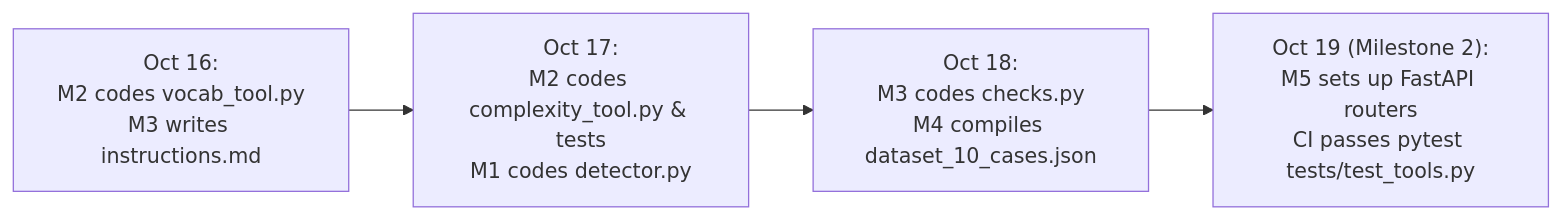
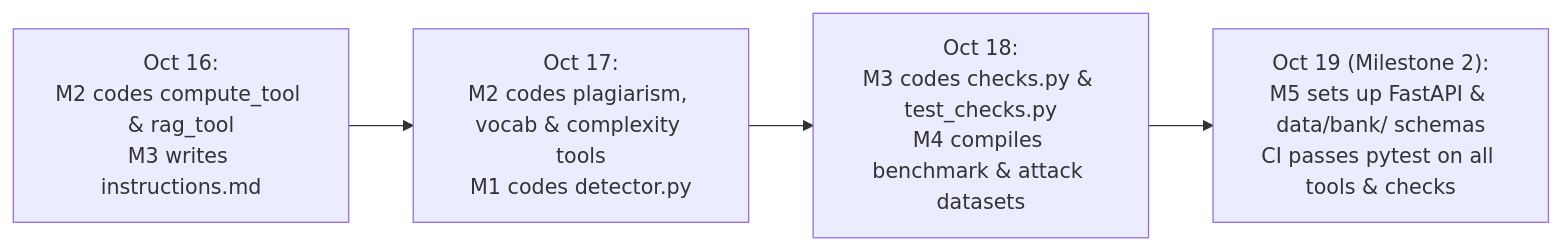
Before and after one commit to nguyenlam0909575475-tech/SE373-IELTS-Learning-Agent: the third of 5 diagrams in Phase_1_Process_and_Tasks.md, drawn with Mermaid. The commit also changed other lines of this file and 48 other files, not shown here.

````diff
--- a/Phase_1_Process_and_Tasks.md
+++ b/Phase_1_Process_and_Tasks.md
@@ -95,6 +214,6 @@
 ```mermaid
 flowchart LR
-    A["Oct 16:<br/>M2 codes vocab_tool.py<br/>M3 writes instructions.md"] --> B["Oct 17:<br/>M2 codes complexity_tool.py & tests<br/>M1 codes detector.py"]
-    B --> C["Oct 18:<br/>M3 codes checks.py<br/>M4 compiles dataset_10_cases.json"]
-    C --> D["Oct 19 (Milestone 2):<br/>M5 sets up FastAPI routers<br/>CI passes pytest tests/test_tools.py"]
+    A["Oct 16:<br/>M2 codes compute_tool & rag_tool<br/>M3 writes instructions.md"] --> B["Oct 17:<br/>M2 codes plagiarism, vocab & complexity tools<br/>M1 codes detector.py"]
+    B --> C["Oct 18:<br/>M3 codes checks.py & test_checks.py<br/>M4 compiles benchmark & attack datasets"]
+    C --> D["Oct 19 (Milestone 2):<br/>M5 sets up FastAPI & data/bank/ schemas<br/>CI passes pytest on all tools & checks"]
 ```
````
